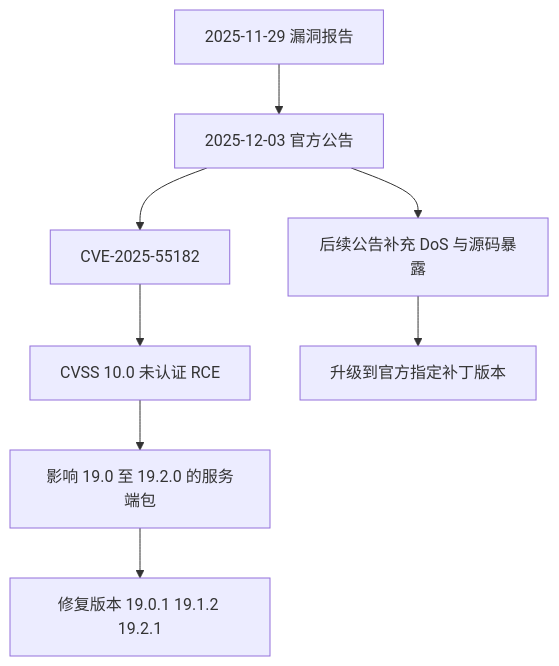
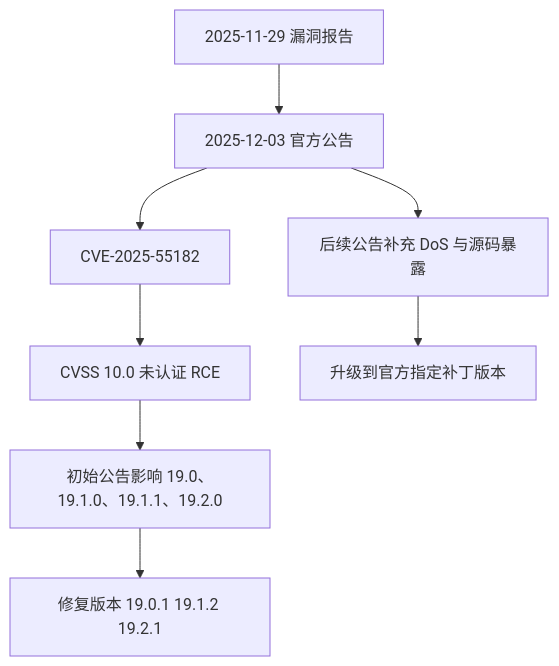
The ninth of 9 diagrams in docs/react/r19/server-components-server-actions.md (Shyu-x/frontend-interview), drawn with Mermaid before and after one commit. The commit also changed other lines of this file and 10 other files, not shown here.

````diff
--- a/docs/react/r19/server-components-server-actions.md
+++ b/docs/react/r19/server-components-server-actions.md
@@ -1209,10 +1211,10 @@
 ```mermaid
 flowchart TD
   A["2025-11-29 漏洞报告"] --> B["2025-12-03 官方公告"]
   B --> C["CVE-2025-55182"]
   C --> D["CVSS 10.0 未认证 RCE"]
-  D --> E["影响 19.0 至 19.2.0 的服务端包"]
+  D --> E["初始公告影响 19.0、19.1.0、19.1.1、19.2.0"]
   E --> F["修复版本 19.0.1 19.1.2 19.2.1"]
   B --> G["后续公告补充 DoS 与源码暴露"]
   G --> H["升级到官方指定补丁版本"]
 ```
````
